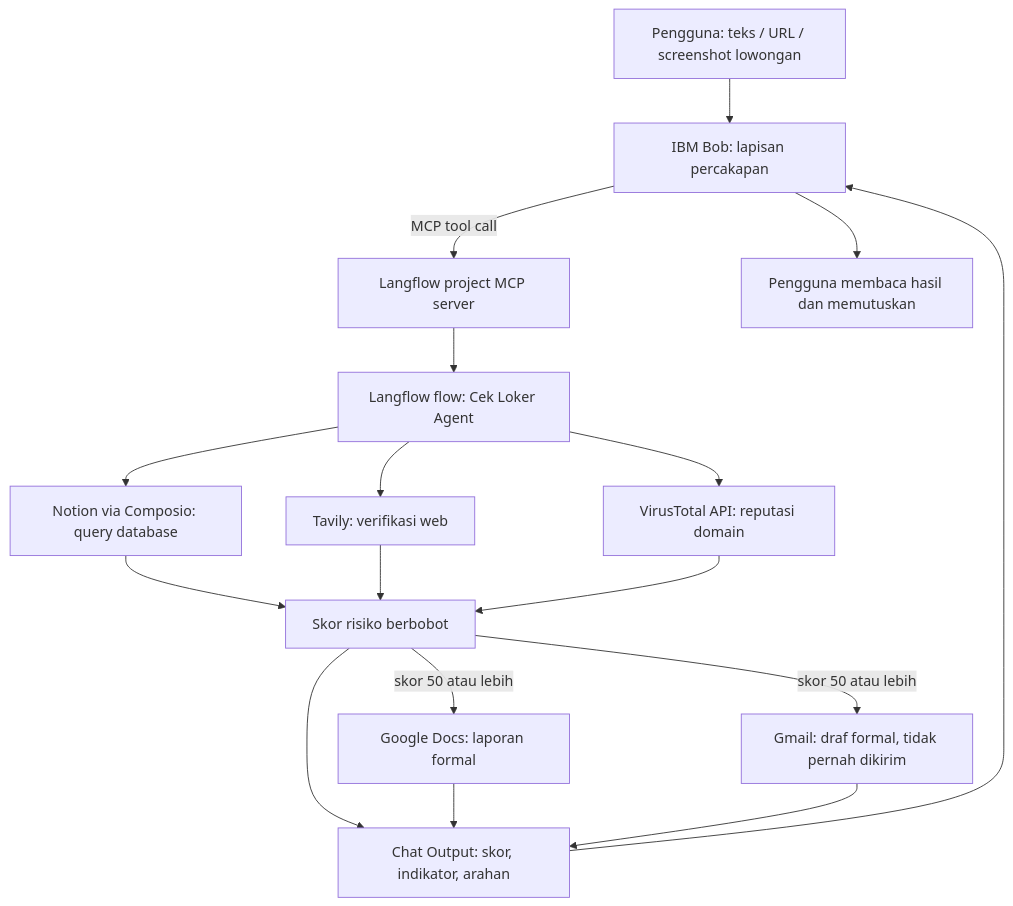
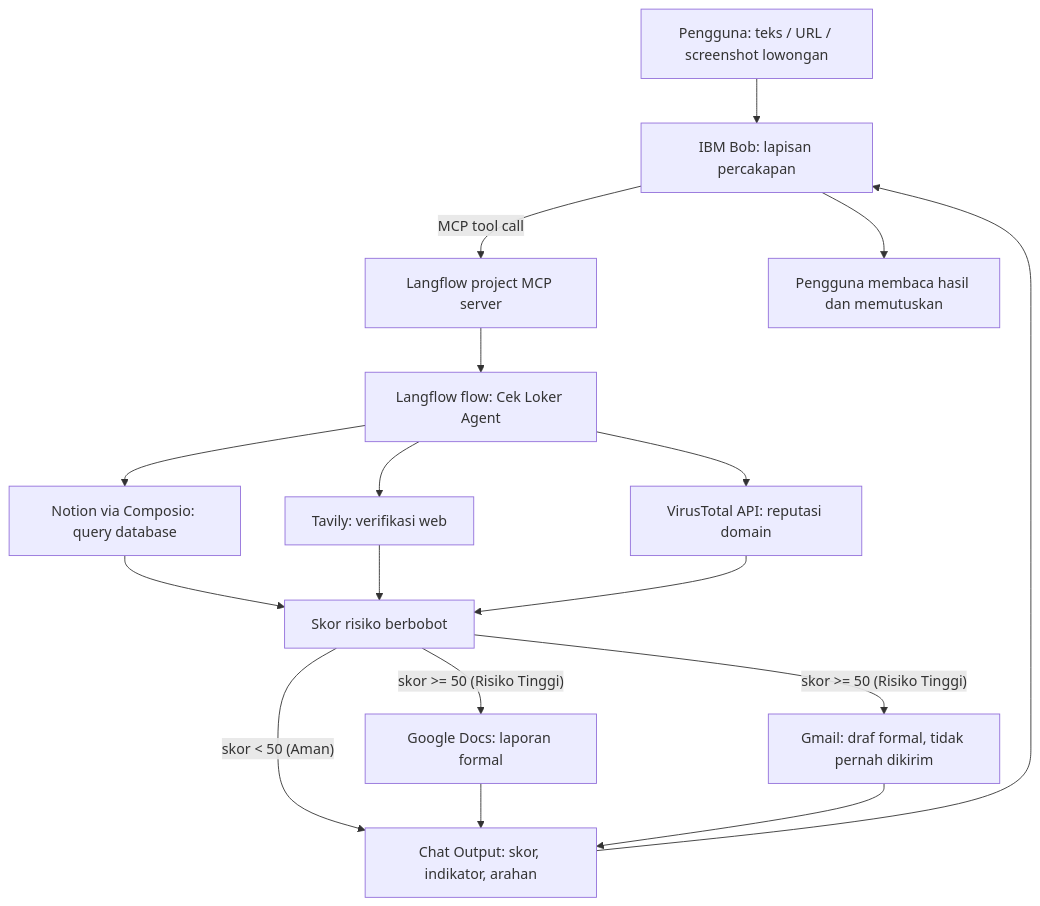
The diagram in README.md (RifkyPutraRamadhan/Cek-Loker-AI-Job-Scam-Guard), drawn with Mermaid before and after one commit.

Commit message:
Update scoring criteria in README

````diff
--- a/README.md
+++ b/README.md
@@ -70,19 +70,19 @@
 ```mermaid
 flowchart TD
     U["Pengguna: teks / URL / screenshot lowongan"] --> B["IBM Bob: lapisan percakapan"]
     B -->|"MCP tool call"| M["Langflow project MCP server"]
     M --> A["Langflow flow: Cek Loker Agent"]
     A --> N["Notion via Composio: query database"]
     A --> T["Tavily: verifikasi web"]
     A --> V["VirusTotal API: reputasi domain"]
     N --> S["Skor risiko berbobot"]
     T --> S
     V --> S
-    S -->|"skor 50 atau lebih"| D["Google Docs: laporan formal"]
-    S -->|"skor 50 atau lebih"| G["Gmail: draf formal, tidak pernah dikirim"]
-    S --> O["Chat Output: skor, indikator, arahan"]
+    S -->|"skor >= 50 (Risiko Tinggi)"| D["Google Docs: laporan formal"]
+    S -->|"skor >= 50 (Risiko Tinggi)"| G["Gmail: draf formal, tidak pernah dikirim"]
+    S -->|"skor < 50 (Aman)"| O["Chat Output: skor, indikator, arahan"]
     D --> O
     G --> O
     O --> B
     B --> R["Pengguna membaca hasil dan memutuskan"]
 ```
````
